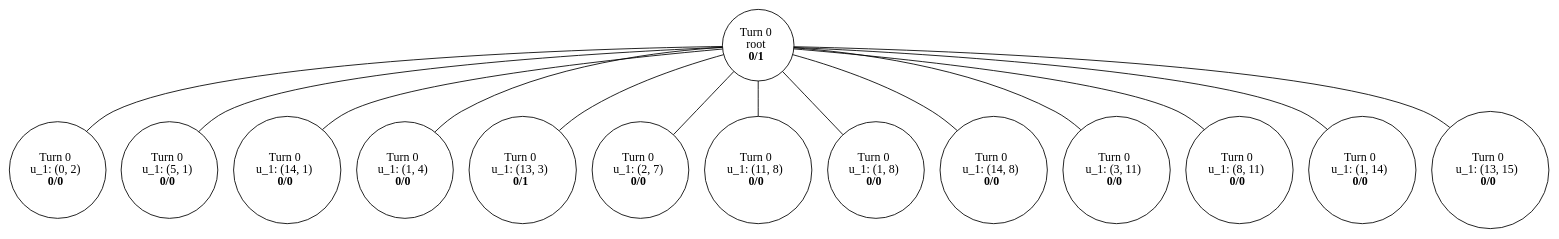
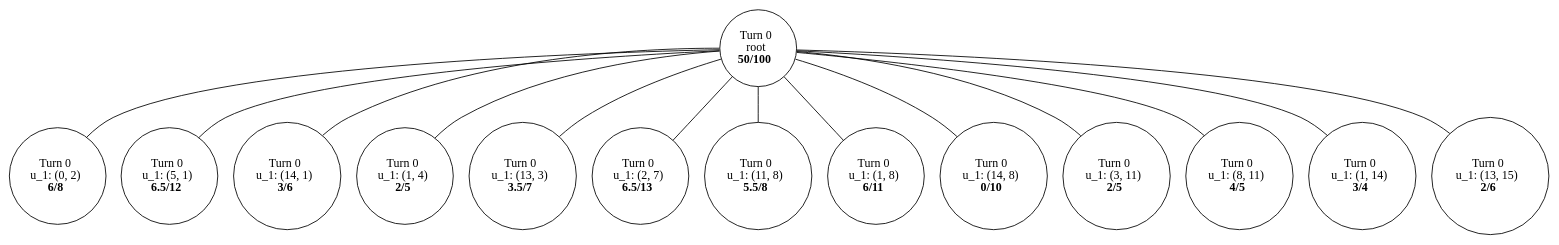
One commit to nathanbabcock/lux-ai changed the diagram in graphviz/after.dot. Above: the diagram before and after it, drawn with Graphviz. The commit also changed 3 other files, not shown here.

```diff
--- a/graphviz/after.dot
+++ b/graphviz/after.dot
@@ -1,30 +1,30 @@
 graph {
   node [shape=circle fontname="CMU Serif"]
-  tBjzm [label=<Turn 0<br/>root<br/><b>0/1</b>>]
-  tBjzm -- RjZht
-  RjZht [label=<Turn 0<br/>u_1: (0, 2)<br/><b>0/0</b>>]
-  tBjzm -- bWADG
-  bWADG [label=<Turn 0<br/>u_1: (5, 1)<br/><b>0/0</b>>]
-  tBjzm -- EzuGS
-  EzuGS [label=<Turn 0<br/>u_1: (14, 1)<br/><b>0/0</b>>]
-  tBjzm -- SFxfx
-  SFxfx [label=<Turn 0<br/>u_1: (1, 4)<br/><b>0/0</b>>]
-  tBjzm -- nKdHh
-  nKdHh [label=<Turn 0<br/>u_1: (13, 3)<br/><b>0/1</b>>]
-  tBjzm -- QoXgG
-  QoXgG [label=<Turn 0<br/>u_1: (2, 7)<br/><b>0/0</b>>]
-  tBjzm -- igexs
-  igexs [label=<Turn 0<br/>u_1: (11, 8)<br/><b>0/0</b>>]
-  tBjzm -- sTlPq
-  sTlPq [label=<Turn 0<br/>u_1: (1, 8)<br/><b>0/0</b>>]
-  tBjzm -- npZve
-  npZve [label=<Turn 0<br/>u_1: (14, 8)<br/><b>0/0</b>>]
-  tBjzm -- iVpeu
-  iVpeu [label=<Turn 0<br/>u_1: (3, 11)<br/><b>0/0</b>>]
-  tBjzm -- BygyE
-  BygyE [label=<Turn 0<br/>u_1: (8, 11)<br/><b>0/0</b>>]
-  tBjzm -- eVuYi
-  eVuYi [label=<Turn 0<br/>u_1: (1, 14)<br/><b>0/0</b>>]
-  tBjzm -- clEFm
-  clEFm [label=<Turn 0<br/>u_1: (13, 15)<br/><b>0/0</b>>]
+  AUgHU [label=<Turn 0<br/>root<br/><b>50/100</b>>]
+  AUgHU -- GmaNR
+  GmaNR [label=<Turn 0<br/>u_1: (0, 2)<br/><b>6/8</b>>]
+  AUgHU -- iSDKY
+  iSDKY [label=<Turn 0<br/>u_1: (5, 1)<br/><b>6.5/12</b>>]
+  AUgHU -- mJNbN
+  mJNbN [label=<Turn 0<br/>u_1: (14, 1)<br/><b>3/6</b>>]
+  AUgHU -- TGrCh
+  TGrCh [label=<Turn 0<br/>u_1: (1, 4)<br/><b>2/5</b>>]
+  AUgHU -- npMQJ
+  npMQJ [label=<Turn 0<br/>u_1: (13, 3)<br/><b>3.5/7</b>>]
+  AUgHU -- WYcRu
+  WYcRu [label=<Turn 0<br/>u_1: (2, 7)<br/><b>6.5/13</b>>]
+  AUgHU -- RkRcc
+  RkRcc [label=<Turn 0<br/>u_1: (11, 8)<br/><b>5.5/8</b>>]
+  AUgHU -- PTfNO
+  PTfNO [label=<Turn 0<br/>u_1: (1, 8)<br/><b>6/11</b>>]
+  AUgHU -- GuCNc
+  GuCNc [label=<Turn 0<br/>u_1: (14, 8)<br/><b>0/10</b>>]
+  AUgHU -- rIvYY
+  rIvYY [label=<Turn 0<br/>u_1: (3, 11)<br/><b>2/5</b>>]
+  AUgHU -- CzEoo
+  CzEoo [label=<Turn 0<br/>u_1: (8, 11)<br/><b>4/5</b>>]
+  AUgHU -- aLMZN
+  aLMZN [label=<Turn 0<br/>u_1: (1, 14)<br/><b>3/4</b>>]
+  AUgHU -- kahtN
+  kahtN [label=<Turn 0<br/>u_1: (13, 15)<br/><b>2/6</b>>]
 }
```
